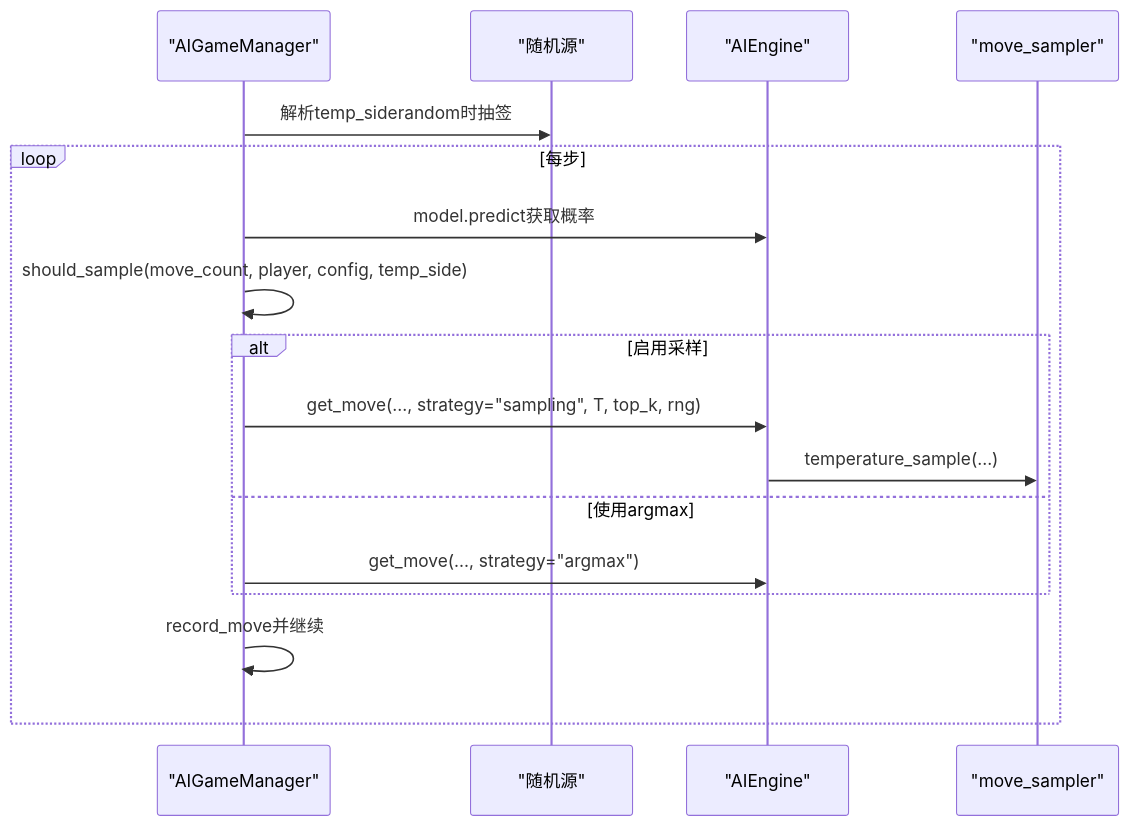
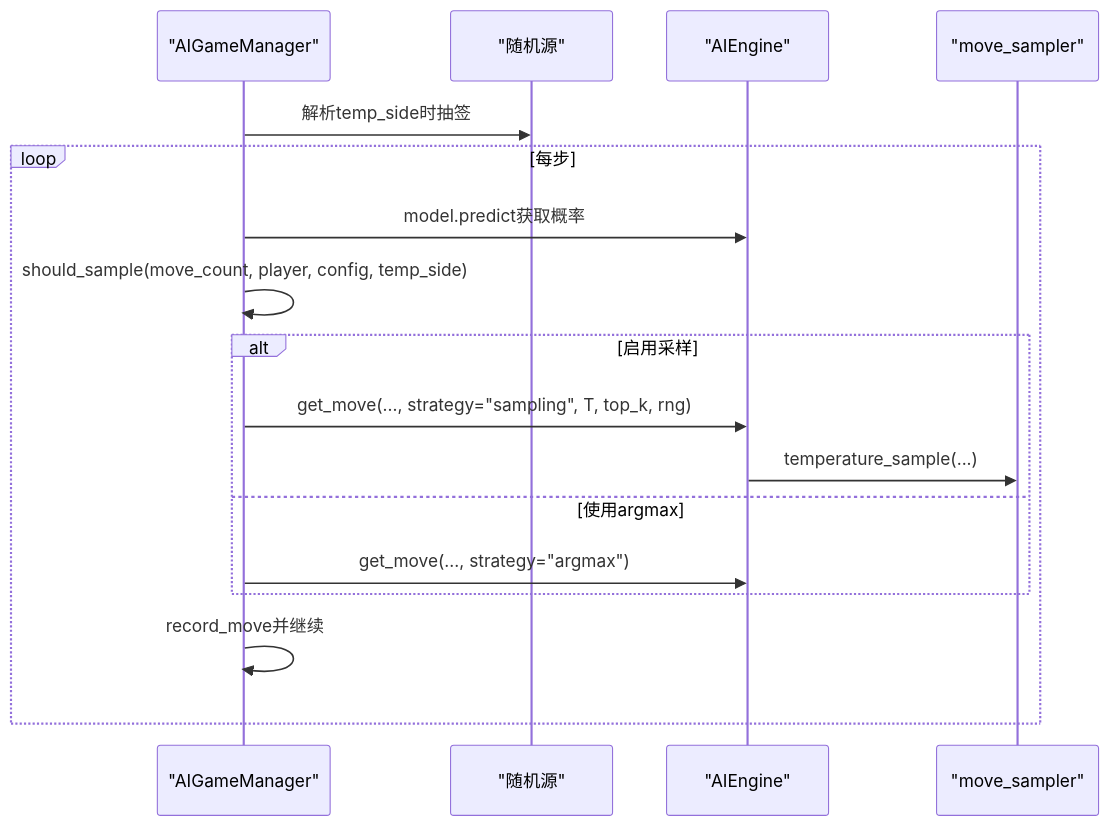
Before and after one commit to nanhao/gomoku: the fifth of 10 diagrams in .qoder/repowiki/zh/content/设计文档/训练算法设计/移动采样策略.md, drawn with Mermaid. The commit also changed other lines of this file and 11 other files, not shown here.

````diff
--- a/.qoder/repowiki/zh/content/设计文档/训练算法设计/移动采样策略.md
+++ b/.qoder/repowiki/zh/content/设计文档/训练算法设计/移动采样策略.md
@@ -211,19 +266,19 @@
 ```mermaid
 sequenceDiagram
 participant GM as "AIGameManager"
 participant RNG as "随机源"
 participant ENG as "AIEngine"
 participant MS as "move_sampler"
-GM->>RNG : 解析temp_siderandom时抽签
+GM->>RNG : 解析temp_side时抽签
 loop 每步
 GM->>ENG : model.predict获取概率
 GM->>GM : should_sample(move_count, player, config, temp_side)
 alt 启用采样
 GM->>ENG : get_move(..., strategy="sampling", T, top_k, rng)
 ENG->>MS : temperature_sample(...)
 else 使用argmax
 GM->>ENG : get_move(..., strategy="argmax")
 end
 GM->>GM : record_move并继续
 end
 ```
````
